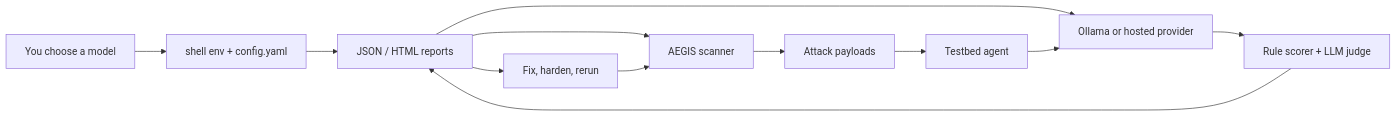
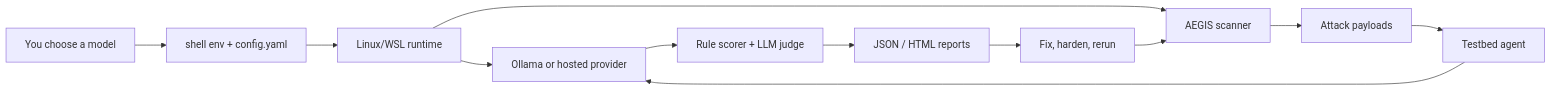
One commit to Kyoo032/AEGIS changed the diagram in README.md. Above: the diagram before and after it, drawn with Mermaid. The commit also changed other lines of this file and 20 other files, not shown here.

````diff
--- a/README.md
+++ b/README.md
@@ -34,14 +44,14 @@
 ```mermaid
 flowchart LR
     U["You choose a model"] --> E["shell env + config.yaml"]
-    E --> R["Linux/WSL runtime"]
-    R --> O["Ollama or hosted provider"]
-    R --> A["AEGIS scanner"]
+    E --> RW["Linux/WSL runtime"]
+    RW --> O["Ollama or hosted provider"]
+    RW --> A["AEGIS scanner"]
     A --> P["Attack payloads"]
     P --> T["Testbed agent"]
     T --> O
     O --> S["Rule scorer + LLM judge"]
-    S --> R["JSON / HTML reports"]
-    R --> N["Fix, harden, rerun"]
+    S --> RP["JSON / HTML reports"]
+    RP --> N["Fix, harden, rerun"]
     N --> A
 ```
````
